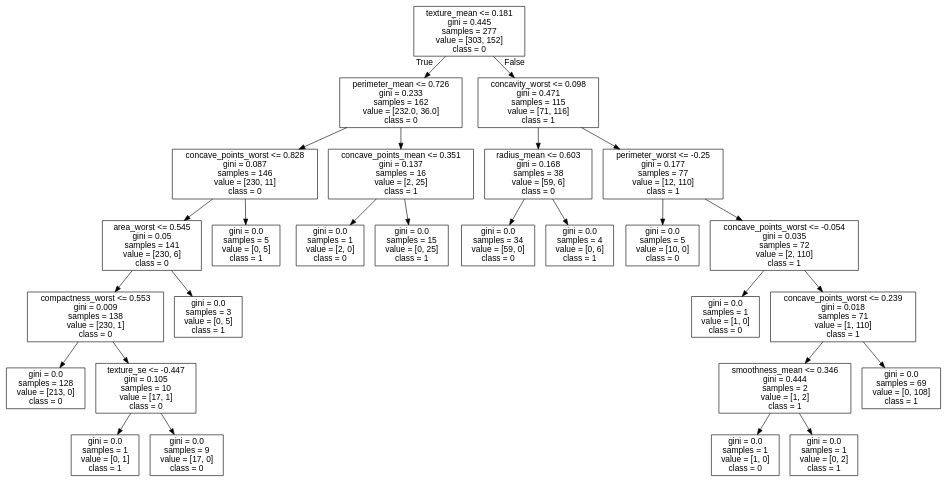
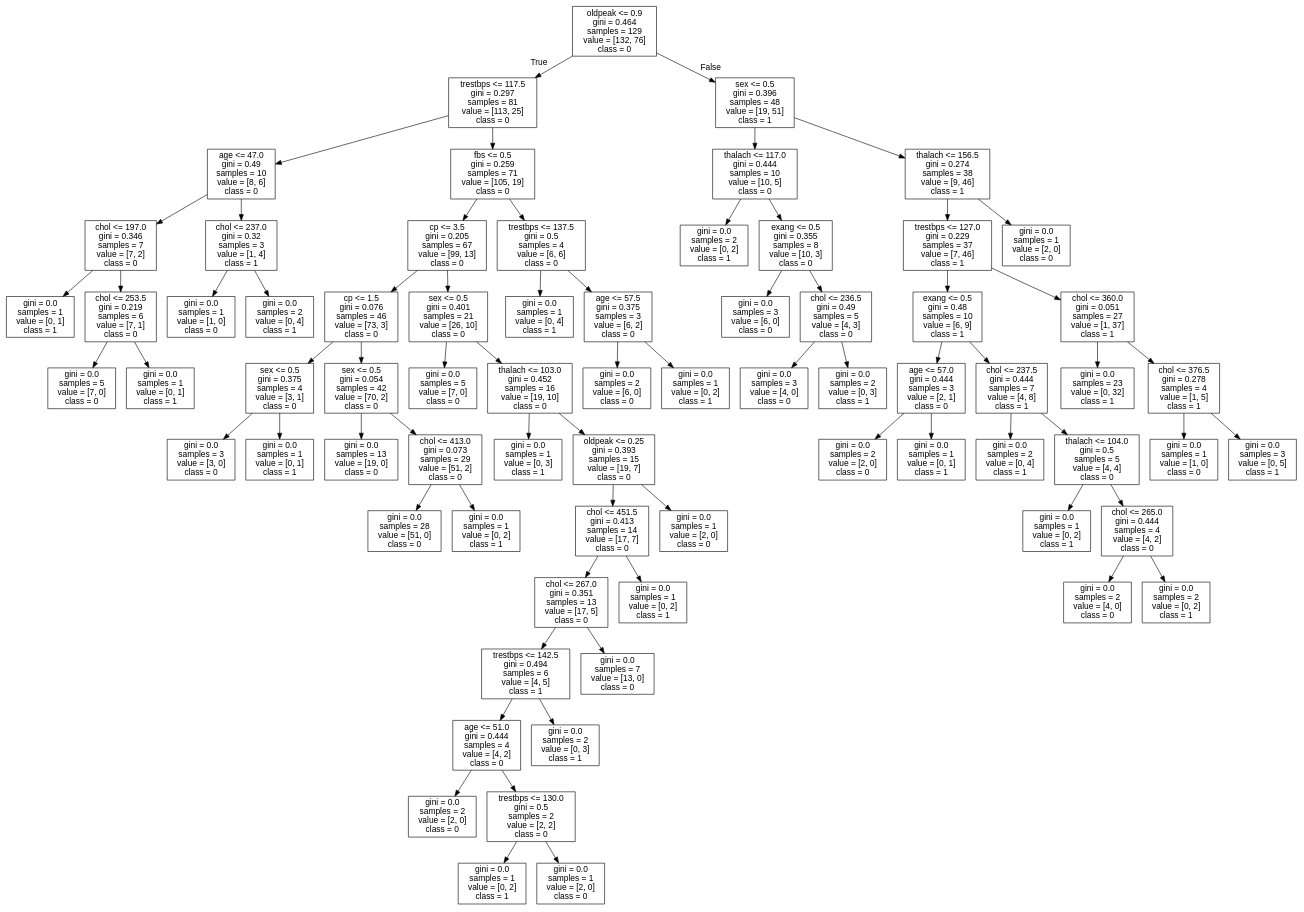
The diagram in data/breast-cancer/tree.dot (cyrilvincent/ML), drawn with Graphviz before and after one commit. The commit also changed 3 other files, not shown here.

```diff
--- a/data/breast-cancer/tree.dot
+++ b/data/breast-cancer/tree.dot
@@ -1,57 +1,145 @@
 digraph Tree {
 node [shape=box, fontname="helvetica"] ;
 edge [fontname="helvetica"] ;
-0 [label="texture_mean <= 0.181\ngini = 0.445\nsamples = 277\nvalue = [303, 152]\nclass = 0"] ;
-1 [label="perimeter_mean <= 0.726\ngini = 0.233\nsamples = 162\nvalue = [232.0, 36.0]\nclass = 0"] ;
+0 [label="oldpeak <= 0.9\ngini = 0.464\nsamples = 129\nvalue = [132, 76]\nclass = 0"] ;
+1 [label="trestbps <= 117.5\ngini = 0.297\nsamples = 81\nvalue = [113, 25]\nclass = 0"] ;
 0 -> 1 [labeldistance=2.5, labelangle=45, headlabel="True"] ;
-2 [label="concave_points_worst <= 0.828\ngini = 0.087\nsamples = 146\nvalue = [230, 11]\nclass = 0"] ;
+2 [label="age <= 47.0\ngini = 0.49\nsamples = 10\nvalue = [8, 6]\nclass = 0"] ;
 1 -> 2 ;
-3 [label="area_worst <= 0.545\ngini = 0.05\nsamples = 141\nvalue = [230, 6]\nclass = 0"] ;
+3 [label="chol <= 197.0\ngini = 0.346\nsamples = 7\nvalue = [7, 2]\nclass = 0"] ;
 2 -> 3 ;
-4 [label="compactness_worst <= 0.553\ngini = 0.009\nsamples = 138\nvalue = [230, 1]\nclass = 0"] ;
+4 [label="gini = 0.0\nsamples = 1\nvalue = [0, 1]\nclass = 1"] ;
 3 -> 4 ;
-5 [label="gini = 0.0\nsamples = 128\nvalue = [213, 0]\nclass = 0"] ;
-4 -> 5 ;
-6 [label="texture_se <= -0.447\ngini = 0.105\nsamples = 10\nvalue = [17, 1]\nclass = 0"] ;
-4 -> 6 ;
+5 [label="chol <= 253.5\ngini = 0.219\nsamples = 6\nvalue = [7, 1]\nclass = 0"] ;
+3 -> 5 ;
+6 [label="gini = 0.0\nsamples = 5\nvalue = [7, 0]\nclass = 0"] ;
+5 -> 6 ;
 7 [label="gini = 0.0\nsamples = 1\nvalue = [0, 1]\nclass = 1"] ;
-6 -> 7 ;
-8 [label="gini = 0.0\nsamples = 9\nvalue = [17, 0]\nclass = 0"] ;
-6 -> 8 ;
-9 [label="gini = 0.0\nsamples = 3\nvalue = [0, 5]\nclass = 1"] ;
-3 -> 9 ;
-10 [label="gini = 0.0\nsamples = 5\nvalue = [0, 5]\nclass = 1"] ;
-2 -> 10 ;
-11 [label="concave_points_mean <= 0.351\ngini = 0.137\nsamples = 16\nvalue = [2, 25]\nclass = 1"] ;
+5 -> 7 ;
+8 [label="chol <= 237.0\ngini = 0.32\nsamples = 3\nvalue = [1, 4]\nclass = 1"] ;
+2 -> 8 ;
+9 [label="gini = 0.0\nsamples = 1\nvalue = [1, 0]\nclass = 0"] ;
+8 -> 9 ;
+10 [label="gini = 0.0\nsamples = 2\nvalue = [0, 4]\nclass = 1"] ;
+8 -> 10 ;
+11 [label="fbs <= 0.5\ngini = 0.259\nsamples = 71\nvalue = [105, 19]\nclass = 0"] ;
 1 -> 11 ;
-12 [label="gini = 0.0\nsamples = 1\nvalue = [2, 0]\nclass = 0"] ;
+12 [label="cp <= 3.5\ngini = 0.205\nsamples = 67\nvalue = [99, 13]\nclass = 0"] ;
 11 -> 12 ;
-13 [label="gini = 0.0\nsamples = 15\nvalue = [0, 25]\nclass = 1"] ;
-11 -> 13 ;
-14 [label="concavity_worst <= 0.098\ngini = 0.471\nsamples = 115\nvalue = [71, 116]\nclass = 1"] ;
-0 -> 14 [labeldistance=2.5, labelangle=-45, headlabel="False"] ;
-15 [label="radius_mean <= 0.603\ngini = 0.168\nsamples = 38\nvalue = [59, 6]\nclass = 0"] ;
+13 [label="cp <= 1.5\ngini = 0.076\nsamples = 46\nvalue = [73, 3]\nclass = 0"] ;
+12 -> 13 ;
+14 [label="sex <= 0.5\ngini = 0.375\nsamples = 4\nvalue = [3, 1]\nclass = 0"] ;
+13 -> 14 ;
+15 [label="gini = 0.0\nsamples = 3\nvalue = [3, 0]\nclass = 0"] ;
 14 -> 15 ;
-16 [label="gini = 0.0\nsamples = 34\nvalue = [59, 0]\nclass = 0"] ;
-15 -> 16 ;
-17 [label="gini = 0.0\nsamples = 4\nvalue = [0, 6]\nclass = 1"] ;
-15 -> 17 ;
-18 [label="perimeter_worst <= -0.25\ngini = 0.177\nsamples = 77\nvalue = [12, 110]\nclass = 1"] ;
-14 -> 18 ;
-19 [label="gini = 0.0\nsamples = 5\nvalue = [10, 0]\nclass = 0"] ;
-18 -> 19 ;
-20 [label="concave_points_worst <= -0.054\ngini = 0.035\nsamples = 72\nvalue = [2, 110]\nclass = 1"] ;
-18 -> 20 ;
-21 [label="gini = 0.0\nsamples = 1\nvalue = [1, 0]\nclass = 0"] ;
-20 -> 21 ;
-22 [label="concave_points_worst <= 0.239\ngini = 0.018\nsamples = 71\nvalue = [1, 110]\nclass = 1"] ;
-20 -> 22 ;
-23 [label="smoothness_mean <= 0.346\ngini = 0.444\nsamples = 2\nvalue = [1, 2]\nclass = 1"] ;
+16 [label="gini = 0.0\nsamples = 1\nvalue = [0, 1]\nclass = 1"] ;
+14 -> 16 ;
+17 [label="sex <= 0.5\ngini = 0.054\nsamples = 42\nvalue = [70, 2]\nclass = 0"] ;
+13 -> 17 ;
+18 [label="gini = 0.0\nsamples = 13\nvalue = [19, 0]\nclass = 0"] ;
+17 -> 18 ;
+19 [label="chol <= 413.0\ngini = 0.073\nsamples = 29\nvalue = [51, 2]\nclass = 0"] ;
+17 -> 19 ;
+20 [label="gini = 0.0\nsamples = 28\nvalue = [51, 0]\nclass = 0"] ;
+19 -> 20 ;
+21 [label="gini = 0.0\nsamples = 1\nvalue = [0, 2]\nclass = 1"] ;
+19 -> 21 ;
+22 [label="sex <= 0.5\ngini = 0.401\nsamples = 21\nvalue = [26, 10]\nclass = 0"] ;
+12 -> 22 ;
+23 [label="gini = 0.0\nsamples = 5\nvalue = [7, 0]\nclass = 0"] ;
 22 -> 23 ;
-24 [label="gini = 0.0\nsamples = 1\nvalue = [1, 0]\nclass = 0"] ;
-23 -> 24 ;
-25 [label="gini = 0.0\nsamples = 1\nvalue = [0, 2]\nclass = 1"] ;
-23 -> 25 ;
-26 [label="gini = 0.0\nsamples = 69\nvalue = [0, 108]\nclass = 1"] ;
-22 -> 26 ;
+24 [label="thalach <= 103.0\ngini = 0.452\nsamples = 16\nvalue = [19, 10]\nclass = 0"] ;
+22 -> 24 ;
+25 [label="gini = 0.0\nsamples = 1\nvalue = [0, 3]\nclass = 1"] ;
+24 -> 25 ;
+26 [label="oldpeak <= 0.25\ngini = 0.393\nsamples = 15\nvalue = [19, 7]\nclass = 0"] ;
+24 -> 26 ;
+27 [label="chol <= 451.5\ngini = 0.413\nsamples = 14\nvalue = [17, 7]\nclass = 0"] ;
+26 -> 27 ;
+28 [label="chol <= 267.0\ngini = 0.351\nsamples = 13\nvalue = [17, 5]\nclass = 0"] ;
+27 -> 28 ;
+29 [label="trestbps <= 142.5\ngini = 0.494\nsamples = 6\nvalue = [4, 5]\nclass = 1"] ;
+28 -> 29 ;
+30 [label="age <= 51.0\ngini = 0.444\nsamples = 4\nvalue = [4, 2]\nclass = 0"] ;
+29 -> 30 ;
+31 [label="gini = 0.0\nsamples = 2\nvalue = [2, 0]\nclass = 0"] ;
+30 -> 31 ;
+32 [label="trestbps <= 130.0\ngini = 0.5\nsamples = 2\nvalue = [2, 2]\nclass = 0"] ;
+30 -> 32 ;
+33 [label="gini = 0.0\nsamples = 1\nvalue = [0, 2]\nclass = 1"] ;
+32 -> 33 ;
+34 [label="gini = 0.0\nsamples = 1\nvalue = [2, 0]\nclass = 0"] ;
+32 -> 34 ;
+35 [label="gini = 0.0\nsamples = 2\nvalue = [0, 3]\nclass = 1"] ;
+29 -> 35 ;
+36 [label="gini = 0.0\nsamples = 7\nvalue = [13, 0]\nclass = 0"] ;
+28 -> 36 ;
+37 [label="gini = 0.0\nsamples = 1\nvalue = [0, 2]\nclass = 1"] ;
+27 -> 37 ;
+38 [label="gini = 0.0\nsamples = 1\nvalue = [2, 0]\nclass = 0"] ;
+26 -> 38 ;
+39 [label="trestbps <= 137.5\ngini = 0.5\nsamples = 4\nvalue = [6, 6]\nclass = 0"] ;
+11 -> 39 ;
+40 [label="gini = 0.0\nsamples = 1\nvalue = [0, 4]\nclass = 1"] ;
+39 -> 40 ;
+41 [label="age <= 57.5\ngini = 0.375\nsamples = 3\nvalue = [6, 2]\nclass = 0"] ;
+39 -> 41 ;
+42 [label="gini = 0.0\nsamples = 2\nvalue = [6, 0]\nclass = 0"] ;
+41 -> 42 ;
+43 [label="gini = 0.0\nsamples = 1\nvalue = [0, 2]\nclass = 1"] ;
+41 -> 43 ;
+44 [label="sex <= 0.5\ngini = 0.396\nsamples = 48\nvalue = [19, 51]\nclass = 1"] ;
+0 -> 44 [labeldistance=2.5, labelangle=-45, headlabel="False"] ;
+45 [label="thalach <= 117.0\ngini = 0.444\nsamples = 10\nvalue = [10, 5]\nclass = 0"] ;
+44 -> 45 ;
+46 [label="gini = 0.0\nsamples = 2\nvalue = [0, 2]\nclass = 1"] ;
+45 -> 46 ;
+47 [label="exang <= 0.5\ngini = 0.355\nsamples = 8\nvalue = [10, 3]\nclass = 0"] ;
+45 -> 47 ;
+48 [label="gini = 0.0\nsamples = 3\nvalue = [6, 0]\nclass = 0"] ;
+47 -> 48 ;
+49 [label="chol <= 236.5\ngini = 0.49\nsamples = 5\nvalue = [4, 3]\nclass = 0"] ;
+47 -> 49 ;
+50 [label="gini = 0.0\nsamples = 3\nvalue = [4, 0]\nclass = 0"] ;
+49 -> 50 ;
+51 [label="gini = 0.0\nsamples = 2\nvalue = [0, 3]\nclass = 1"] ;
+49 -> 51 ;
+52 [label="thalach <= 156.5\ngini = 0.274\nsamples = 38\nvalue = [9, 46]\nclass = 1"] ;
+44 -> 52 ;
+53 [label="trestbps <= 127.0\ngini = 0.229\nsamples = 37\nvalue = [7, 46]\nclass = 1"] ;
+52 -> 53 ;
+54 [label="exang <= 0.5\ngini = 0.48\nsamples = 10\nvalue = [6, 9]\nclass = 1"] ;
+53 -> 54 ;
+55 [label="age <= 57.0\ngini = 0.444\nsamples = 3\nvalue = [2, 1]\nclass = 0"] ;
+54 -> 55 ;
+56 [label="gini = 0.0\nsamples = 2\nvalue = [2, 0]\nclass = 0"] ;
+55 -> 56 ;
+57 [label="gini = 0.0\nsamples = 1\nvalue = [0, 1]\nclass = 1"] ;
+55 -> 57 ;
+58 [label="chol <= 237.5\ngini = 0.444\nsamples = 7\nvalue = [4, 8]\nclass = 1"] ;
+54 -> 58 ;
+59 [label="gini = 0.0\nsamples = 2\nvalue = [0, 4]\nclass = 1"] ;
+58 -> 59 ;
+60 [label="thalach <= 104.0\ngini = 0.5\nsamples = 5\nvalue = [4, 4]\nclass = 0"] ;
+58 -> 60 ;
+61 [label="gini = 0.0\nsamples = 1\nvalue = [0, 2]\nclass = 1"] ;
+60 -> 61 ;
+62 [label="chol <= 265.0\ngini = 0.444\nsamples = 4\nvalue = [4, 2]\nclass = 0"] ;
+60 -> 62 ;
+63 [label="gini = 0.0\nsamples = 2\nvalue = [4, 0]\nclass = 0"] ;
+62 -> 63 ;
+64 [label="gini = 0.0\nsamples = 2\nvalue = [0, 2]\nclass = 1"] ;
+62 -> 64 ;
+65 [label="chol <= 360.0\ngini = 0.051\nsamples = 27\nvalue = [1, 37]\nclass = 1"] ;
+53 -> 65 ;
+66 [label="gini = 0.0\nsamples = 23\nvalue = [0, 32]\nclass = 1"] ;
+65 -> 66 ;
+67 [label="chol <= 376.5\ngini = 0.278\nsamples = 4\nvalue = [1, 5]\nclass = 1"] ;
+65 -> 67 ;
+68 [label="gini = 0.0\nsamples = 1\nvalue = [1, 0]\nclass = 0"] ;
+67 -> 68 ;
+69 [label="gini = 0.0\nsamples = 3\nvalue = [0, 5]\nclass = 1"] ;
+67 -> 69 ;
+70 [label="gini = 0.0\nsamples = 1\nvalue = [2, 0]\nclass = 0"] ;
+52 -> 70 ;
 }
```
